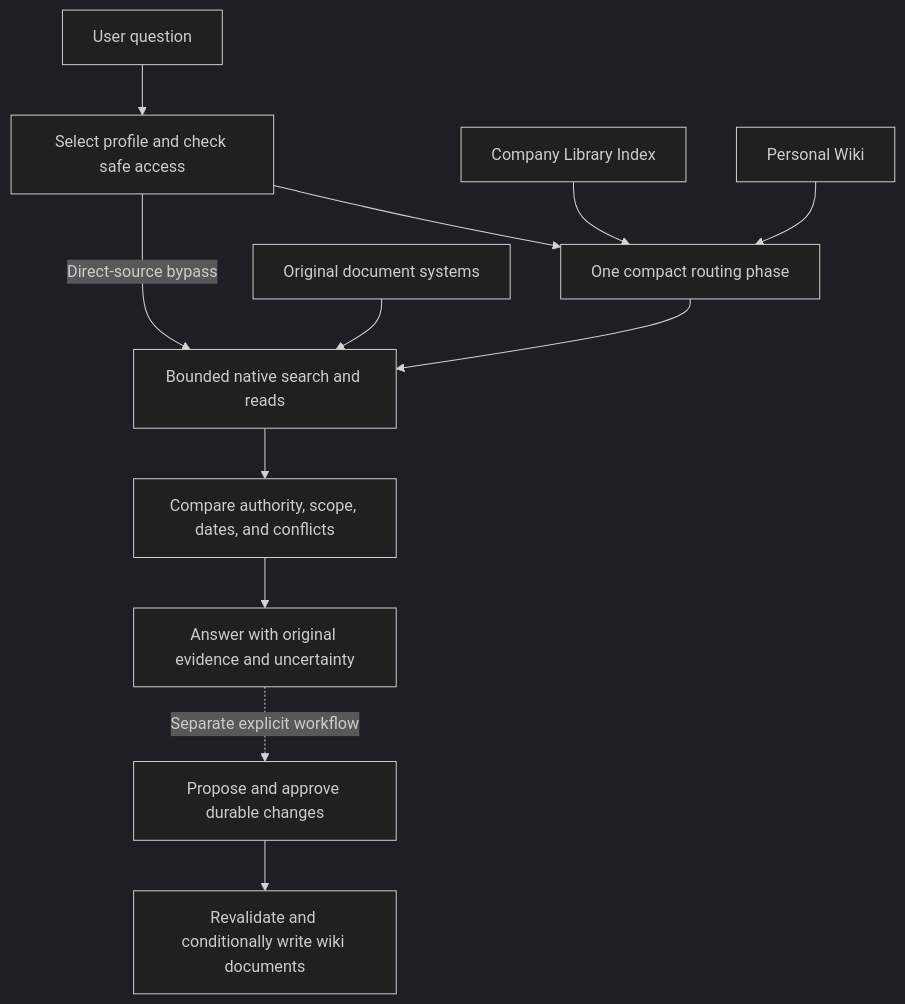
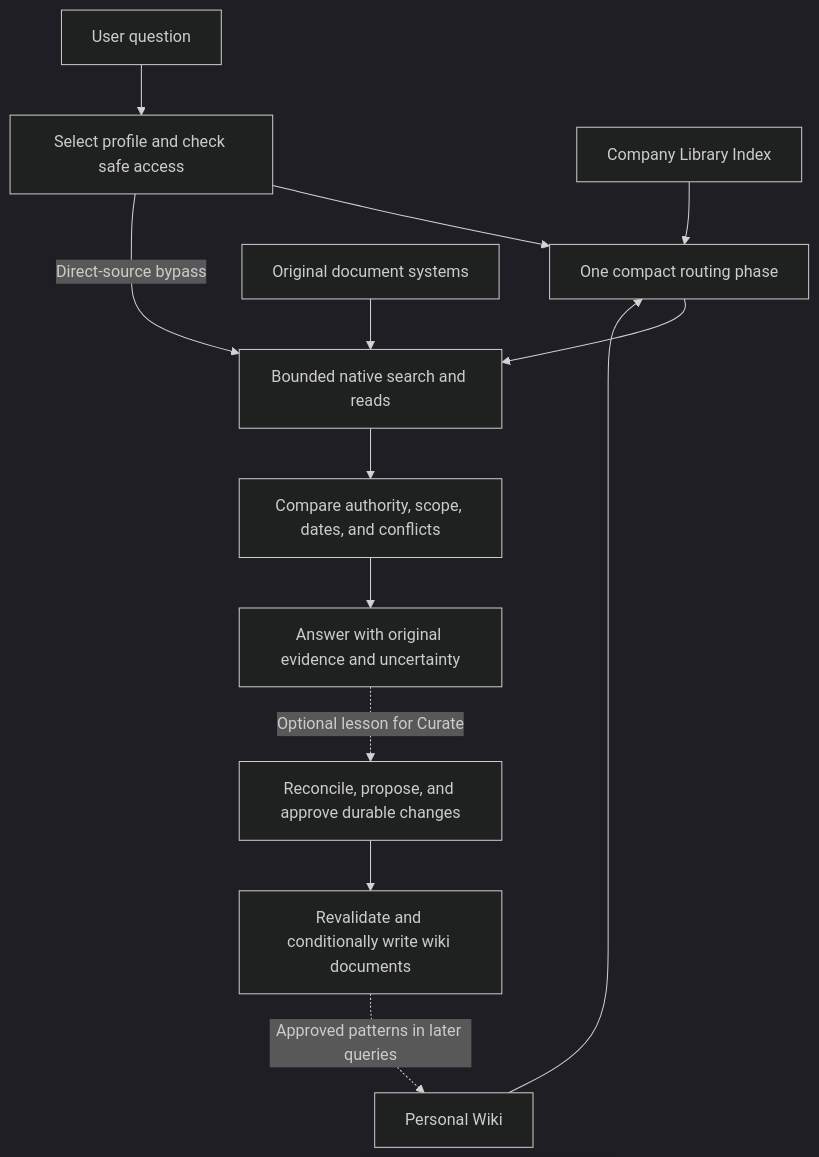
The diagram in docs/company-wiki-arxiv-article.md (yysun/company-wiki), drawn with Mermaid (dark theme) before and after one commit. The commit also changed other lines of this file and 8 other files, not shown here.

````diff
--- a/docs/company-wiki-arxiv-article.md
+++ b/docs/company-wiki-arxiv-article.md
@@ -79,14 +81,15 @@
 ```mermaid
 flowchart TD
     Q[User question] --> G[Select profile and check safe access]
     C[Company Library Index] --> R[One compact routing phase]
     P[Personal Wiki] --> R
     G --> R
     G -->|Direct-source bypass| S[Bounded native search and reads]
     R --> S
     D[Original document systems] --> S
     S --> E[Compare authority, scope, dates, and conflicts]
     E --> A[Answer with original evidence and uncertainty]
-    A -. Separate explicit workflow .-> U[Propose and approve durable changes]
+    A -. Optional lesson for Curate .-> U[Reconcile, propose, and approve durable changes]
     U --> V[Revalidate and conditionally write wiki documents]
+    V -. Approved patterns in later queries .-> P
 ```
````
